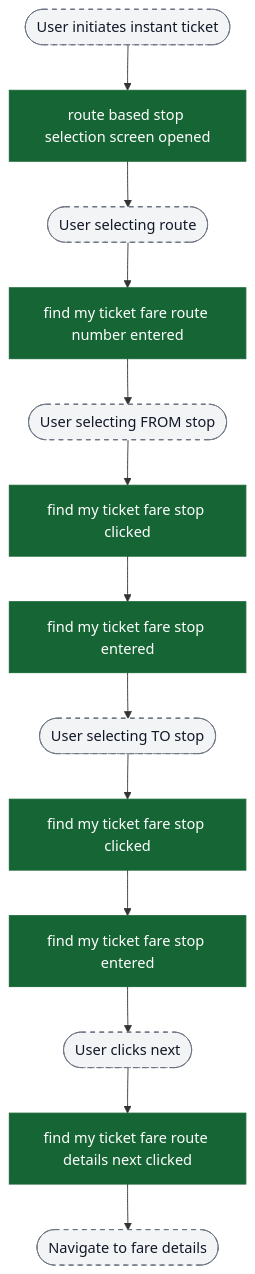
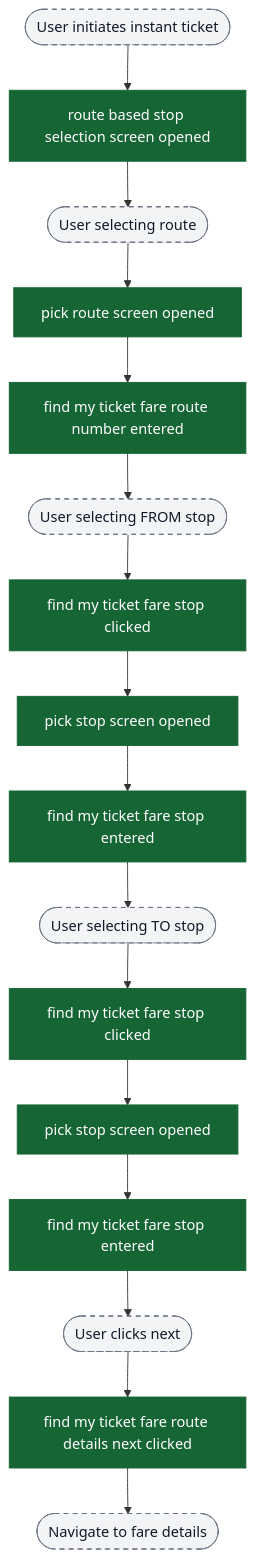
The second of 10 diagrams in content/analytics/instant-ticket-purchase/flow-diagrams.md (ratulsarna/chalo-app-dashboard), drawn with Mermaid before and after one commit. The commit also changed other lines of this file and 3 other files, not shown here.

Commit message:
feat(analytics): update event definitions and flow diagrams for home and instant ticket purchase flows

````diff
--- a/content/analytics/instant-ticket-purchase/flow-diagrams.md
+++ b/content/analytics/instant-ticket-purchase/flow-diagrams.md
@@ -34,25 +34,28 @@
 ```mermaid
 flowchart TD
   ui_entry([User initiates instant ticket]) --> ev_screenOpen["route based stop selection screen opened"]
   ev_screenOpen --> ui_routeSelection([User selecting route])
-  ui_routeSelection --> ev_routeEntered["find my ticket fare route number entered"]
+  ui_routeSelection --> ev_pickRouteOpen["pick route screen opened"]
+  ev_pickRouteOpen --> ev_routeEntered["find my ticket fare route number entered"]
 
   ev_routeEntered --> ui_fromStop([User selecting FROM stop])
   ui_fromStop --> ev_stopClicked1["find my ticket fare stop clicked"]
-  ev_stopClicked1 --> ev_stopEntered1["find my ticket fare stop entered"]
+  ev_stopClicked1 --> ev_pickStopOpen1["pick stop screen opened"]
+  ev_pickStopOpen1 --> ev_stopEntered1["find my ticket fare stop entered"]
 
   ev_stopEntered1 --> ui_toStop([User selecting TO stop])
   ui_toStop --> ev_stopClicked2["find my ticket fare stop clicked"]
-  ev_stopClicked2 --> ev_stopEntered2["find my ticket fare stop entered"]
+  ev_stopClicked2 --> ev_pickStopOpen2["pick stop screen opened"]
+  ev_pickStopOpen2 --> ev_stopEntered2["find my ticket fare stop entered"]
 
   ev_stopEntered2 --> ui_next([User clicks next])
   ui_next --> ev_nextClicked["find my ticket fare route details next clicked"]
 
   ev_nextClicked --> ui_fareDetails([Navigate to fare details])
 
   classDef event fill:#166534,stroke:#166534,color:#ffffff;
   classDef ui fill:#f3f4f6,stroke:#6b7280,stroke-dasharray: 5 5,color:#111827;
 
-  class ev_screenOpen,ev_routeEntered,ev_stopClicked1,ev_stopEntered1,ev_stopClicked2,ev_stopEntered2,ev_nextClicked event;
+  class ev_screenOpen,ev_pickRouteOpen,ev_routeEntered,ev_stopClicked1,ev_pickStopOpen1,ev_stopEntered1,ev_stopClicked2,ev_pickStopOpen2,ev_stopEntered2,ev_nextClicked event;
   class ui_entry,ui_routeSelection,ui_fromStop,ui_toStop,ui_next,ui_fareDetails ui;
 ```
````
